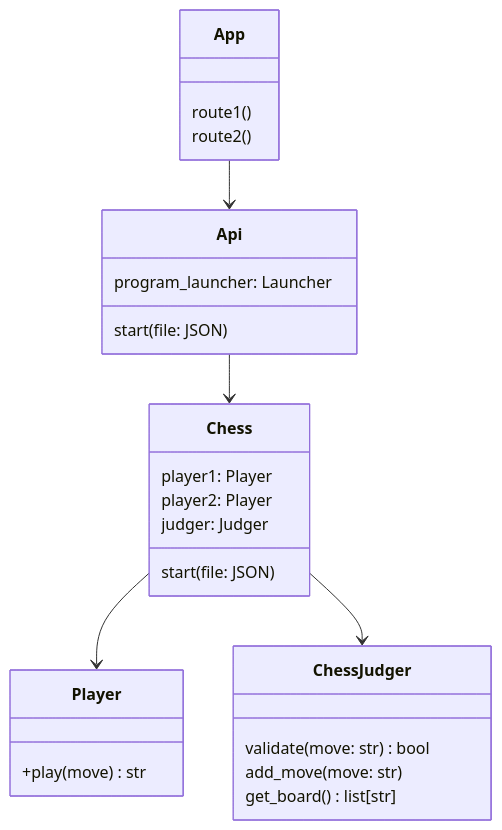
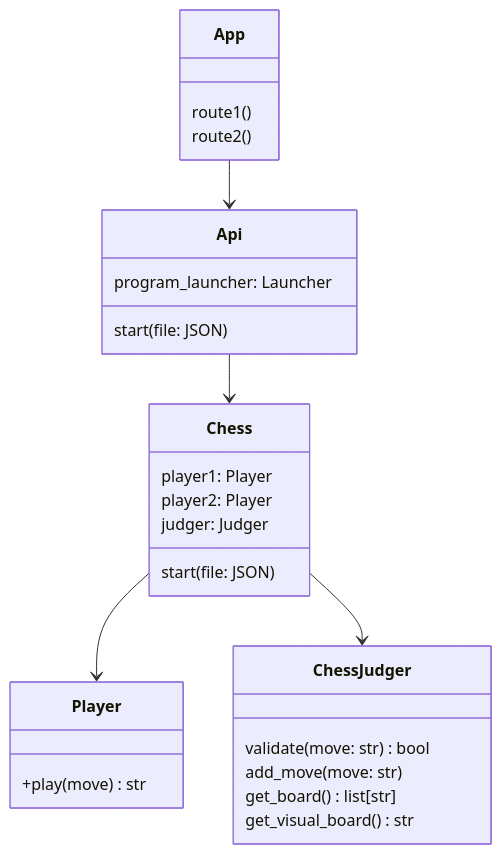
The second of 2 diagrams in docs/architecture.md (game-ai-platform-team/tira-ai-platform), drawn with Mermaid before and after one commit. The commit also changed 1 other file, not shown here.

Commit message:
refactor(17): Add get_visual_board to ChessJudger

````diff
--- a/docs/architecture.md
+++ b/docs/architecture.md
@@ -40,35 +40,36 @@
 ```mermaid
 classDiagram
 
 App --> Api
 Api --> Chess
 Chess --> Player
 Chess --> ChessJudger
 
 class Chess {
     start(file: JSON)
     player1: Player
     player2: Player
     judger: Judger
 }
 
 class ChessJudger {
     validate(move: str) bool
     add_move(move: str)
     get_board() list[str]
+    get_visual_board() str
 }
 
 class Player {
     +play(move) str
 }
 
 class Api {
     start(file: JSON)
     program_launcher: Launcher
 }
 
 class App {
     route1()
     route2()
 }
 ```
````
